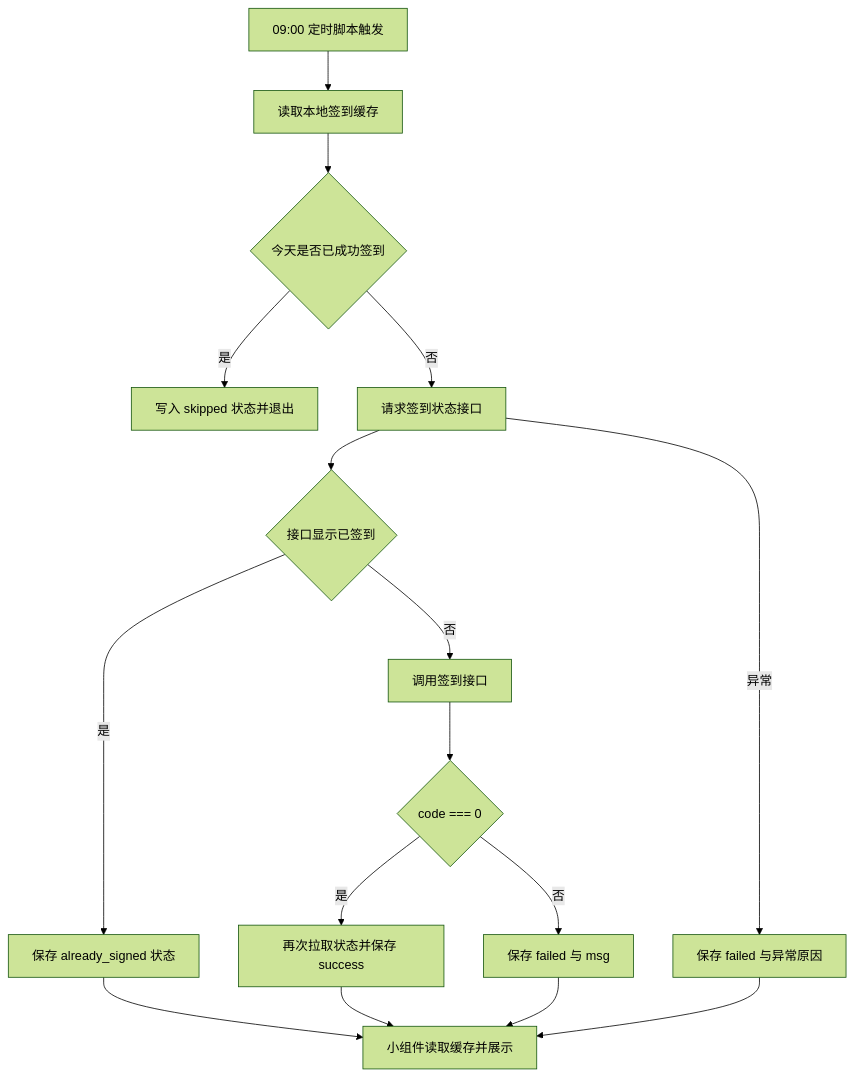
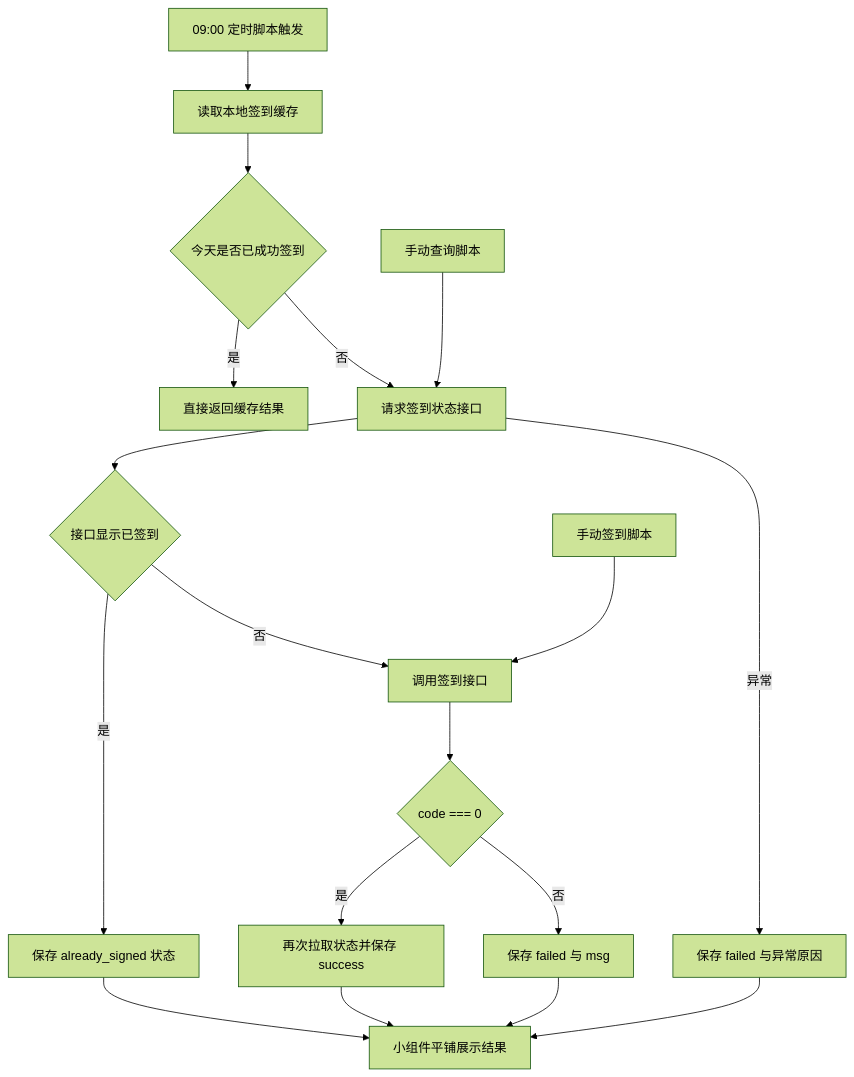
The diagram in prd/ninebot-checkin-widget-refactor-2026-04-01.md (CallMeKingsley97/useful-module), drawn with Mermaid (forest theme) before and after one commit. The commit also changed other lines of this file and 4 other files, not shown here.

````diff
--- a/prd/ninebot-checkin-widget-refactor-2026-04-01.md
+++ b/prd/ninebot-checkin-widget-refactor-2026-04-01.md
@@ -43,18 +48,20 @@
 ```mermaid
 flowchart TD
     A[09:00 定时脚本触发] --> B[读取本地签到缓存]
     B --> C{今天是否已成功签到}
-    C -->|是| D[写入 skipped 状态并退出]
+    C -->|是| D[直接返回缓存结果]
     C -->|否| E[请求签到状态接口]
     E --> F{接口显示已签到}
     F -->|是| G[保存 already_signed 状态]
     F -->|否| H[调用签到接口]
     H --> I{code === 0}
     I -->|是| J[再次拉取状态并保存 success]
     I -->|否| K[保存 failed 与 msg]
     E -->|异常| L[保存 failed 与异常原因]
-    J --> M[小组件读取缓存并展示]
-    G --> M
-    K --> M
-    L --> M
+    M[手动签到脚本] --> H
+    N[手动查询脚本] --> E
+    J --> O[小组件平铺展示结果]
+    G --> O
+    K --> O
+    L --> O
 ```
````
